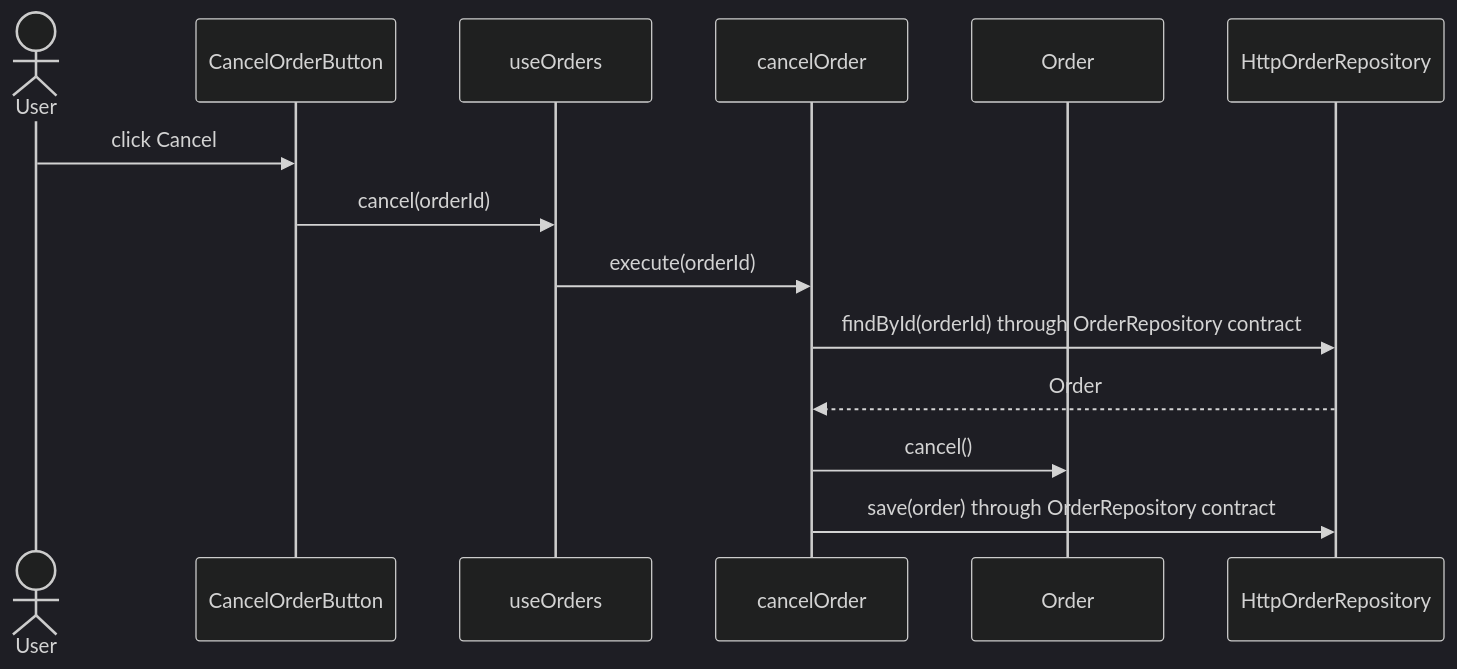
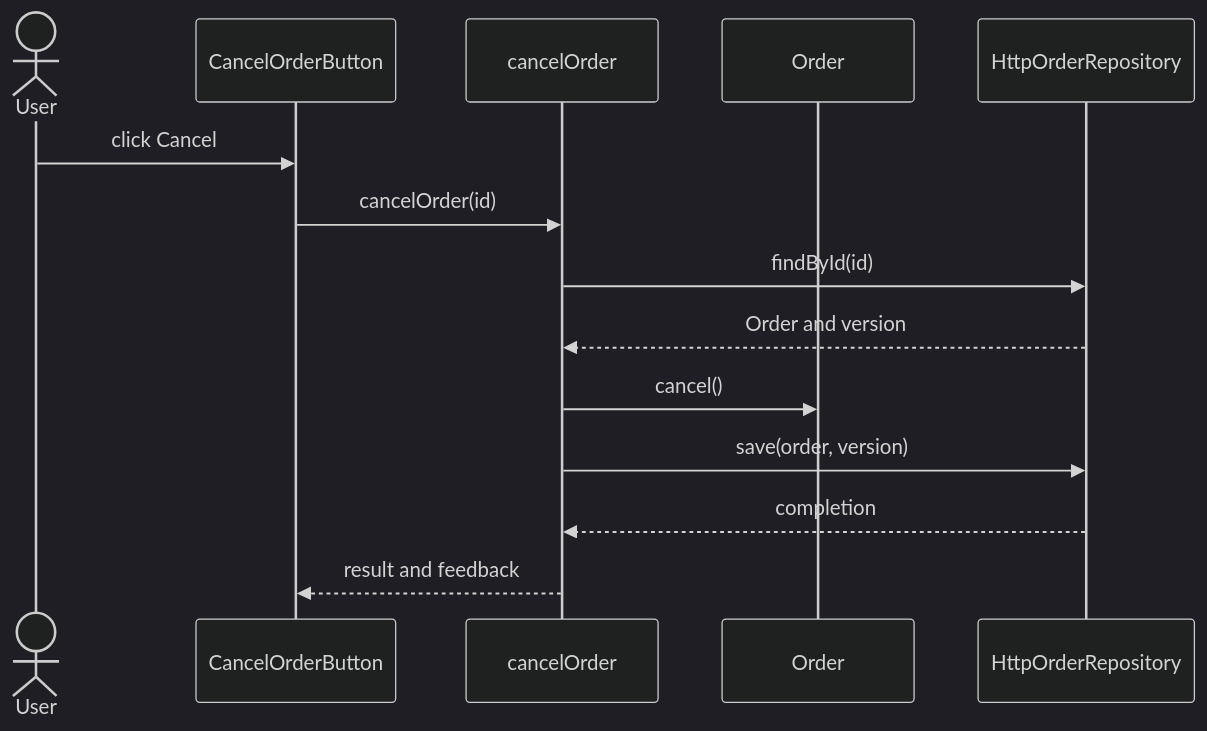
One commit to AndresTaoFlorez/software-architecture changed the sixth of 6 diagrams in clean-architecture/README.md. Above: the diagram before and after it, drawn with Mermaid (dark theme). The commit also changed other lines of this file and 13 other files, not shown here.

````diff
--- a/clean-architecture/README.md
+++ b/clean-architecture/README.md
@@ -252,17 +256,16 @@
 ```mermaid
 sequenceDiagram
     actor User
     participant View as CancelOrderButton
-    participant VM as useOrders
     participant UC as cancelOrder
-    participant Order as Order
+    participant Order
     participant Adapter as HttpOrderRepository
-
     User->>View: click Cancel
-    View->>VM: cancel(orderId)
-    VM->>UC: execute(orderId)
-    UC->>Adapter: findById(orderId) through OrderRepository contract
-    Adapter-->>UC: Order
+    View->>UC: cancelOrder(id)
+    UC->>Adapter: findById(id)
+    Adapter-->>UC: Order and version
     UC->>Order: cancel()
-    UC->>Adapter: save(order) through OrderRepository contract
+    UC->>Adapter: save(order, version)
+    Adapter-->>UC: completion
+    UC-->>View: result and feedback
 ```
````
